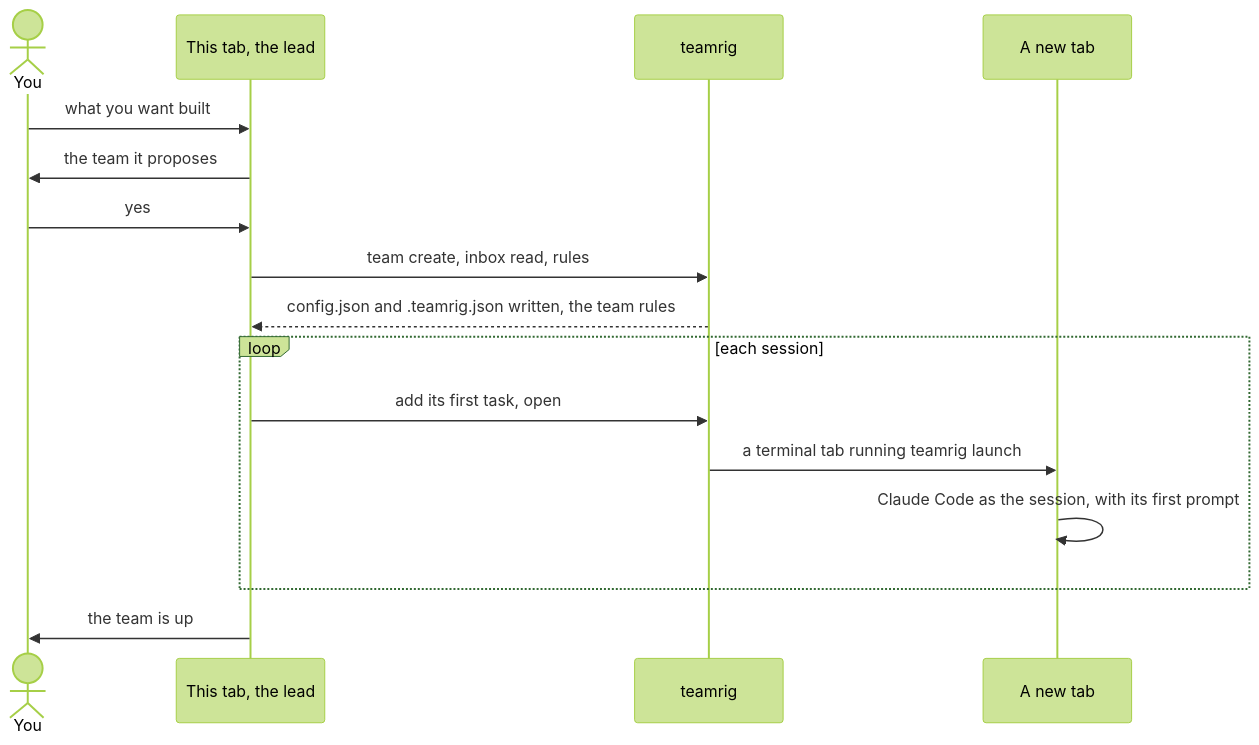
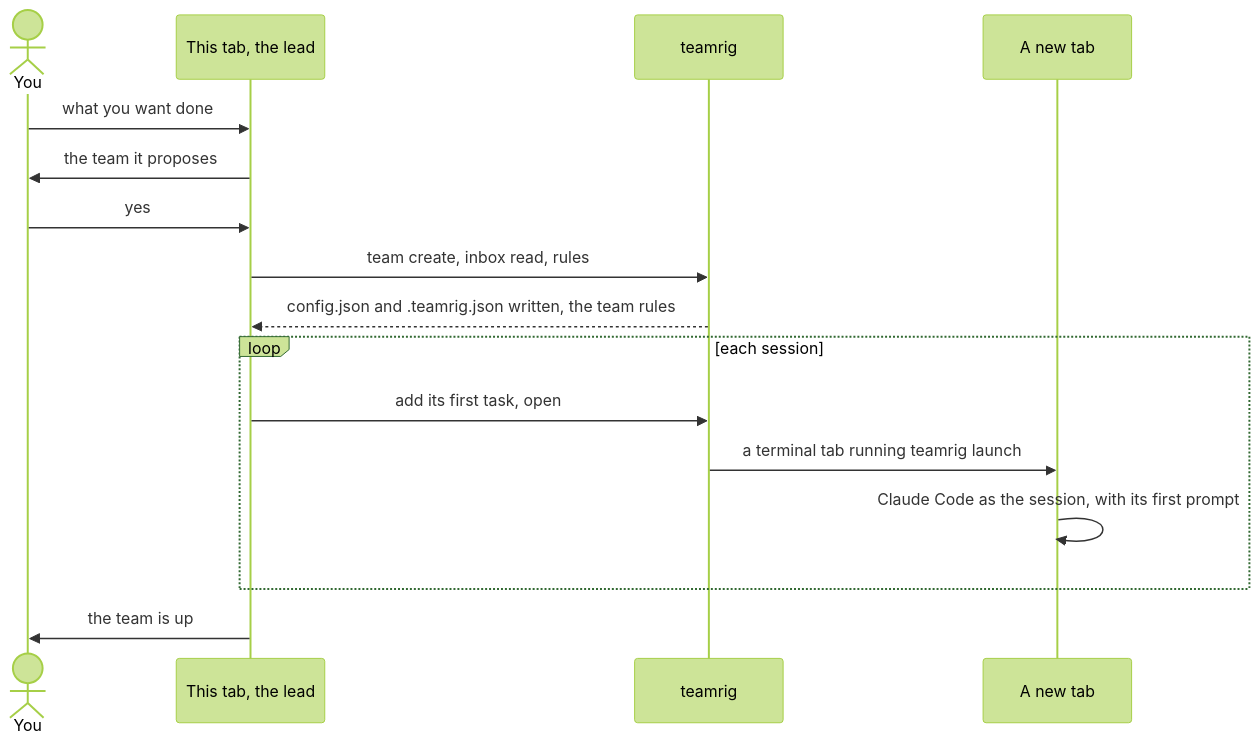
The third of 10 diagrams in docs/how-it-works.md (GeneralA6/teamrig), drawn with Mermaid (forest theme) before and after one commit. The commit also changed other lines of this file and 2 other files, not shown here.

First line of the commit message:
docs: team setup asks what the user wants to do

````diff
--- a/docs/how-it-works.md
+++ b/docs/how-it-works.md
@@ -143,18 +145,18 @@
 ```mermaid
 sequenceDiagram
   actor you as You
   participant lead as This tab, the lead
   participant cli as teamrig
   participant tab as A new tab
-  you->>lead: what you want built
+  you->>lead: what you want done
   lead->>you: the team it proposes
   you->>lead: yes
   lead->>cli: team create, inbox read, rules
   cli-->>lead: config.json and .teamrig.json written, the team rules
   loop each session
     lead->>cli: add its first task, open
     cli->>tab: a terminal tab running teamrig launch
     tab->>tab: Claude Code as the session, with its first prompt
   end
   lead->>you: the team is up
 ```
````
